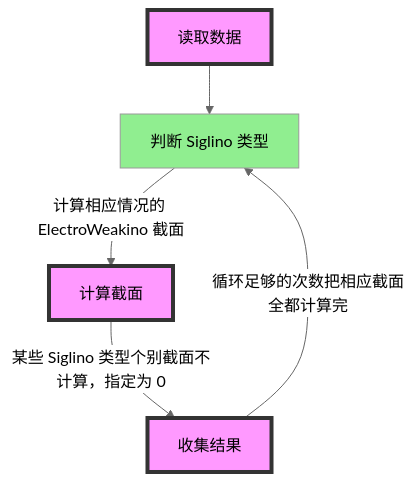
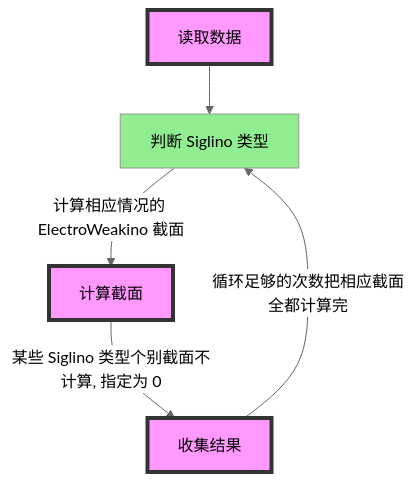
One commit to vooum/SUSYphe changed the first of 4 diagrams in README.md. Above: the diagram before and after it, drawn with Mermaid (neutral theme).

Commit message:
修改了一些错误

````diff
--- a/README.md
+++ b/README.md
@@ -17,11 +17,11 @@
 ```mermaid
 graph TB
     A[读取数据] --> B[判断 Siglino 类型];
     B -->|计算相应情况的 ElectroWeakino 截面| C[计算截面];
-    C -->|某些 Siglino 类型个别截面不计算，指定为 0| D[收集结果];
+    C -->|某些 Siglino 类型个别截面不计算, 指定为 0| D[收集结果];
     D -->|循环足够的次数把相应截面全都计算完| B;
     style A fill:#f9f,stroke:#333,stroke-width:4px;
     style B fill:#90EE90;
     style C fill:#f9f,stroke:#333,stroke-width:4px;
     style D fill:#f9f,stroke:#333,stroke-width:4px;
 ```
````
